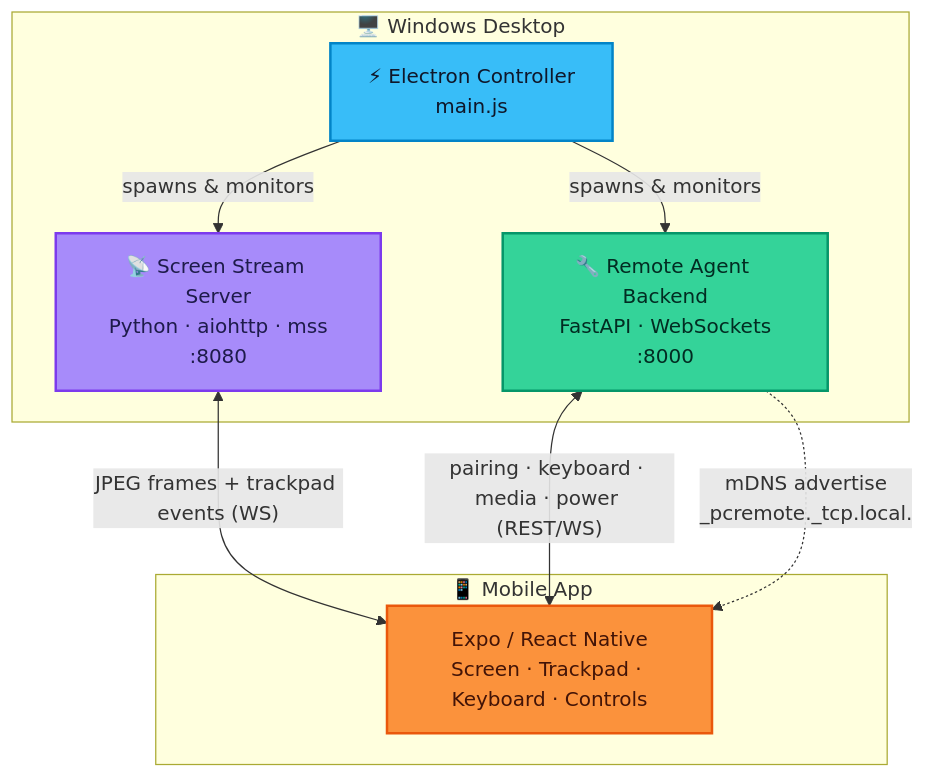
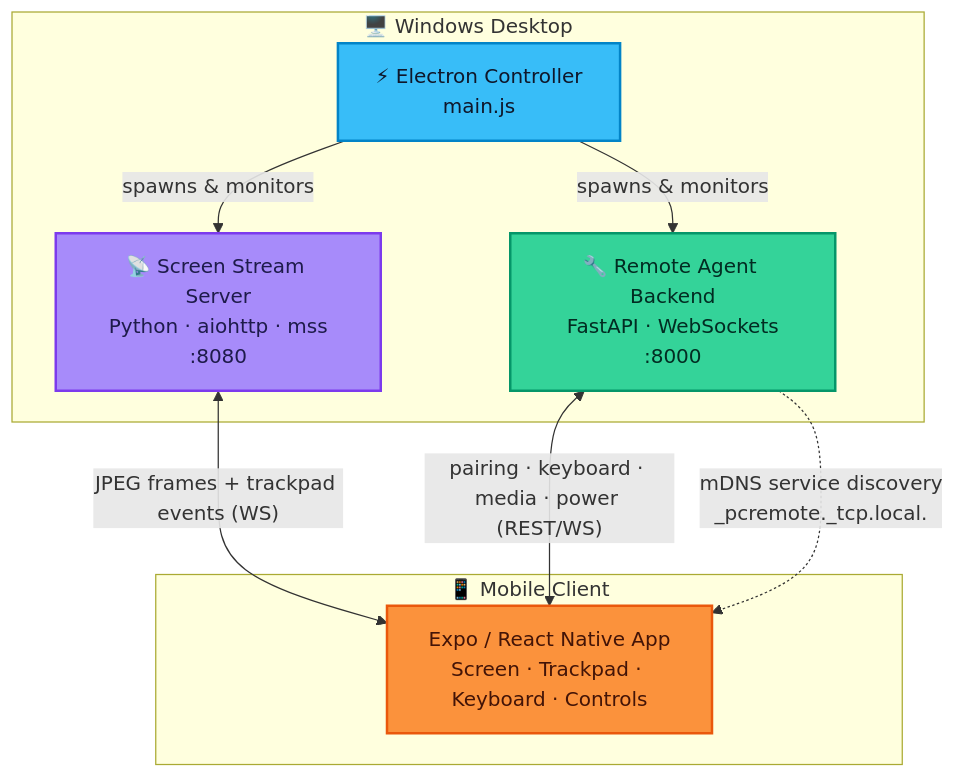
The second of 2 diagrams in README.md (ajaysaagar-dev/Vedi-Pocket-PC), drawn with Mermaid before and after one commit. The commit also changed other lines of this file, not shown here.

Commit message:
docs: update README with enhanced documentation, system requirements, architecture diagrams, and pairing workflows

````diff
--- a/README.md
+++ b/README.md
@@ -122,23 +187,23 @@
 ```mermaid
 flowchart TB
     subgraph Desktop["🖥️ Windows Desktop"]
         E["⚡ Electron Controller<br/>main.js"]
         S["📡 Screen Stream Server<br/>Python · aiohttp · mss<br/>:8080"]
         B["🔧 Remote Agent Backend<br/>FastAPI · WebSockets<br/>:8000"]
         E -->|spawns & monitors| S
         E -->|spawns & monitors| B
     end
 
-    subgraph Phone["📱 Mobile App"]
-        M["Expo / React Native<br/>Screen · Trackpad · Keyboard · Controls"]
+    subgraph Phone["📱 Mobile Client"]
+        M["Expo / React Native App<br/>Screen · Trackpad · Keyboard · Controls"]
     end
 
     S <-->|"JPEG frames + trackpad events (WS)"| M
     B <-->|"pairing · keyboard · media · power (REST/WS)"| M
-    B -.->|"mDNS advertise<br/>_pcremote._tcp.local."| M
+    B -.->|"mDNS service discovery<br/>_pcremote._tcp.local."| M
 
     style E fill:#38BDF8,color:#0f172a,stroke:#0284c7,stroke-width:2px
     style S fill:#a78bfa,color:#1e1b4b,stroke:#7c3aed,stroke-width:2px
     style B fill:#34d399,color:#022c22,stroke:#059669,stroke-width:2px
     style M fill:#fb923c,color:#431407,stroke:#ea580c,stroke-width:2px
 ```
````
